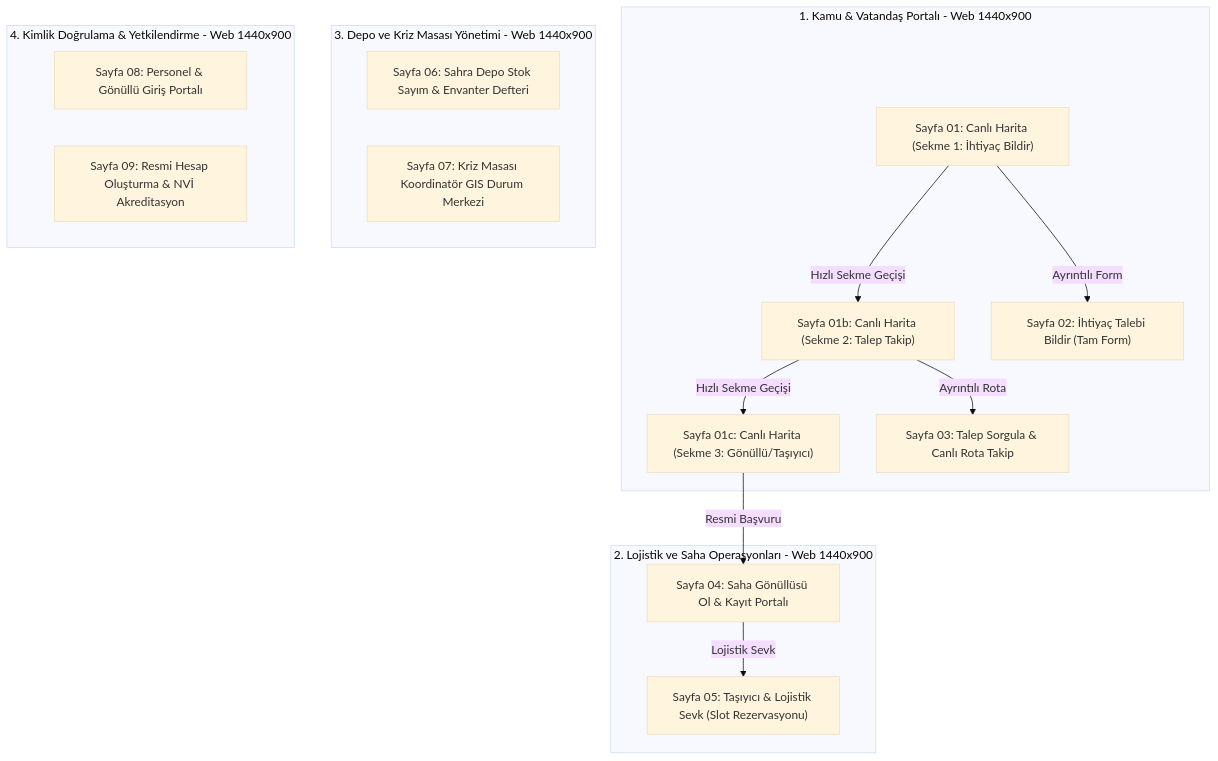
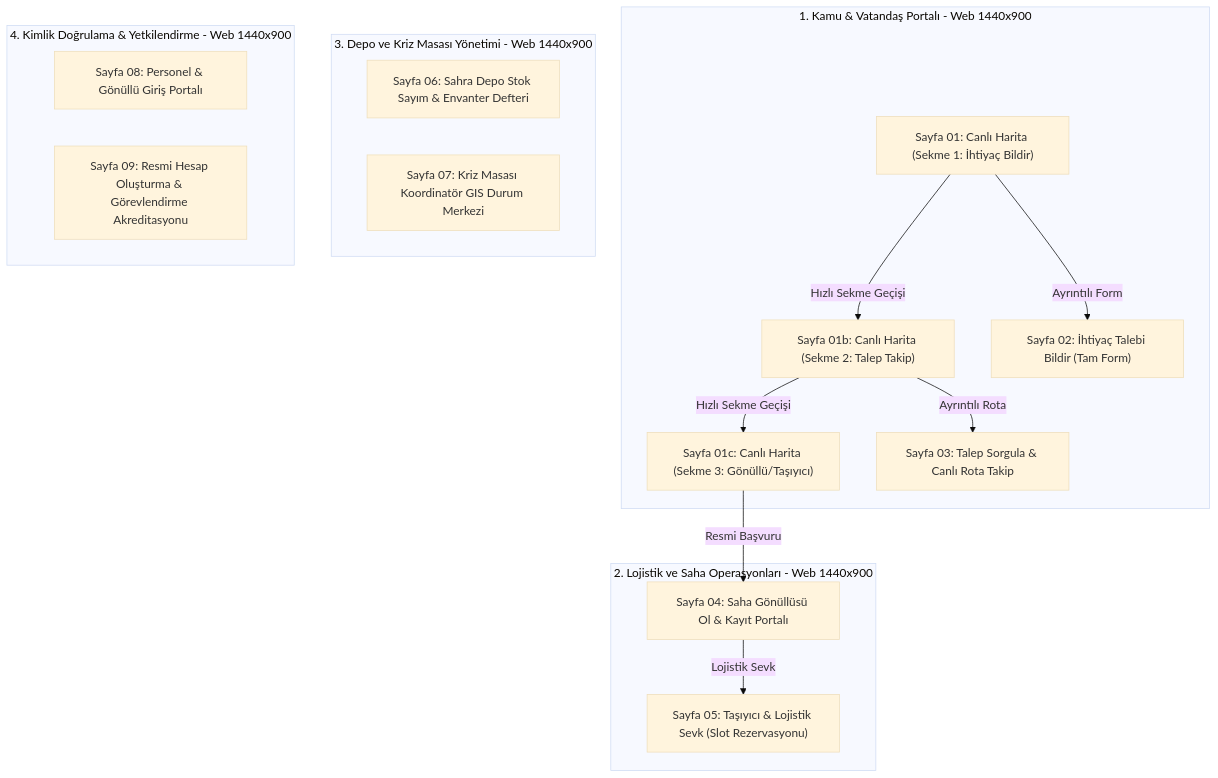
The diagram in docs/ui_ux/figma_prototype.md (CoskunerBerke/AFLOS), drawn with Mermaid (base theme) before and after one commit. The commit also changed other lines of this file and 5 other files, not shown here.

````diff
--- a/docs/ui_ux/figma_prototype.md
+++ b/docs/ui_ux/figma_prototype.md
@@ -170,24 +170,24 @@
 ```mermaid
 flowchart TD
     subgraph Public_Web [1. Kamu & Vatandaş Portalı - Web 1440x900]
         W1["Sayfa 01: Canlı Harita (Sekme 1: İhtiyaç Bildir)"] -->|Hızlı Sekme Geçişi| W1b["Sayfa 01b: Canlı Harita (Sekme 2: Talep Takip)"]
         W1b -->|Hızlı Sekme Geçişi| W1c["Sayfa 01c: Canlı Harita (Sekme 3: Gönüllü/Taşıyıcı)"]
         W1 -->|Ayrıntılı Form| W2["Sayfa 02: İhtiyaç Talebi Bildir (Tam Form)"]
         W1b -->|Ayrıntılı Rota| W3["Sayfa 03: Talep Sorgula & Canlı Rota Takip"]
     end
 
     subgraph Operations_Web [2. Lojistik ve Saha Operasyonları - Web 1440x900]
         W1c -->|Resmi Başvuru| W4["Sayfa 04: Saha Gönüllüsü Ol & Kayıt Portalı"]
         W4 -->|Lojistik Sevk| W5["Sayfa 05: Taşıyıcı & Lojistik Sevk (Slot Rezervasyonu)"]
     end
 
     subgraph Institutional_Web [3. Depo ve Kriz Masası Yönetimi - Web 1440x900]
         W6["Sayfa 06: Sahra Depo Stok Sayım & Envanter Defteri"]
         W7["Sayfa 07: Kriz Masası Koordinatör GIS Durum Merkezi"]
     end
 
     subgraph Security_Auth [4. Kimlik Doğrulama & Yetkilendirme - Web 1440x900]
         W8["Sayfa 08: Personel & Gönüllü Giriş Portalı"]
-        W9["Sayfa 09: Resmi Hesap Oluşturma & NVİ Akreditasyon"]
+        W9["Sayfa 09: Resmi Hesap Oluşturma & Görevlendirme Akreditasyonu"]
     end
 ```
````
